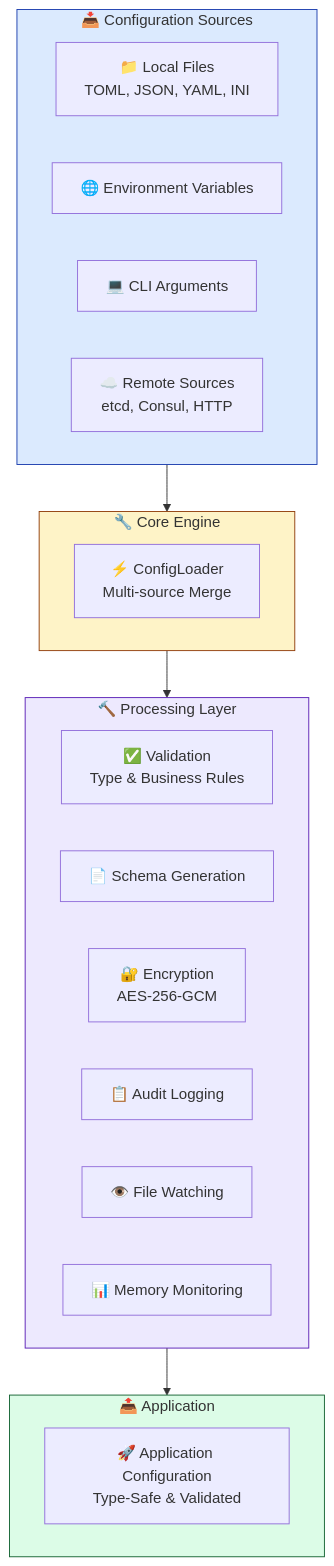
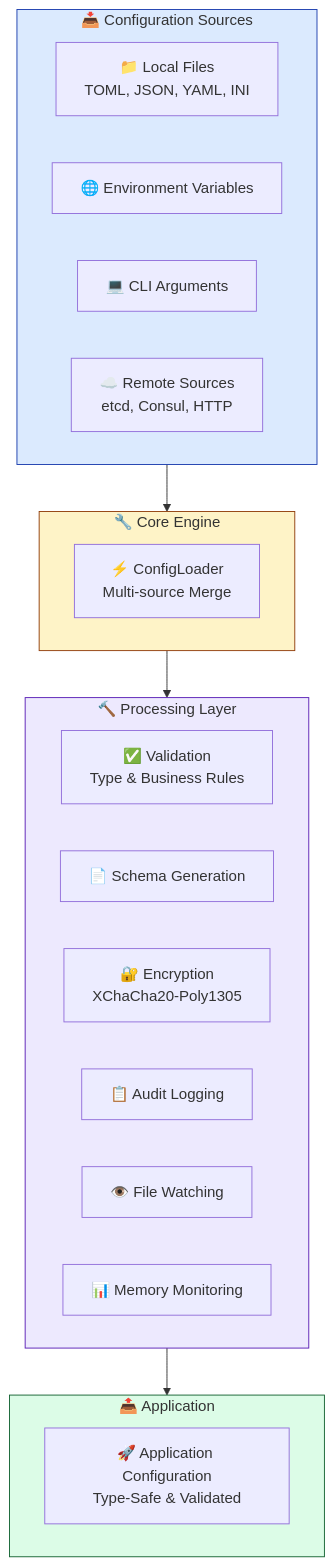
One commit to Kirky-X/confers changed the second of 3 diagrams in README.md. Above: the diagram before and after it, drawn with Mermaid. The commit also changed other lines of this file and 1 other file, not shown here.

````diff
--- a/README.md
+++ b/README.md
@@ -597,35 +602,35 @@
 ```mermaid
 graph TB
     subgraph Sources ["📥 Configuration Sources"]
         A[📁 Local Files<br/>TOML, JSON, YAML, INI]
         B[🌐 Environment Variables]
         C[💻 CLI Arguments]
         D[☁️ Remote Sources<br/>etcd, Consul, HTTP]
     end
     
     subgraph Core ["🔧 Core Engine"]
         E[⚡ ConfigLoader<br/>Multi-source Merge]
     end
     
     subgraph Processing ["🔨 Processing Layer"]
         F[✅ Validation<br/>Type & Business Rules]
         G[📄 Schema Generation]
-        H[🔐 Encryption<br/>AES-256-GCM]
+        H[🔐 Encryption<br/>XChaCha20-Poly1305]
         I[📋 Audit Logging]
         J[👁️ File Watching]
         K[📊 Memory Monitoring]
     end
     
     subgraph Output ["📤 Application"]
         L[🚀 Application Configuration<br/>Type-Safe & Validated]
     end
     
     Sources --> Core
     Core --> Processing
     Processing --> Output
     
     style Sources fill:#DBEAFE,stroke:#1E40AF
     style Core fill:#FEF3C7,stroke:#92400E
     style Processing fill:#EDE9FE,stroke:#5B21B6
     style Output fill:#DCFCE7,stroke:#166534
 ```
````
